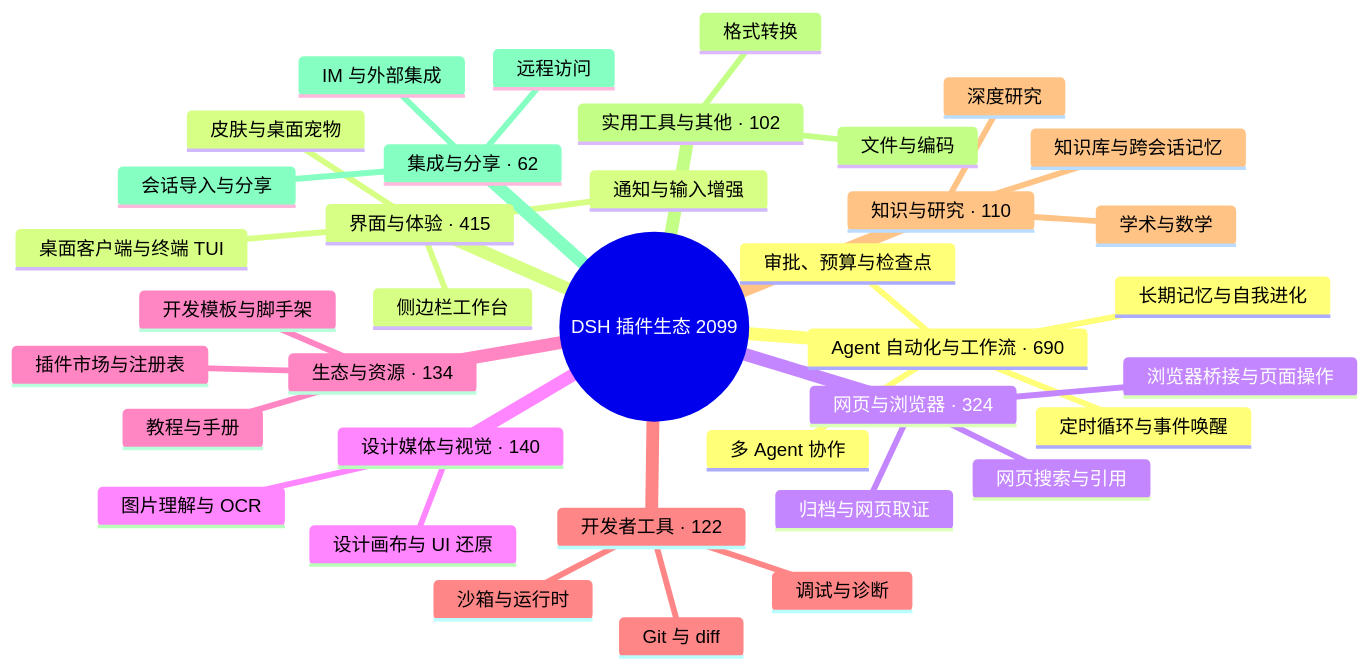
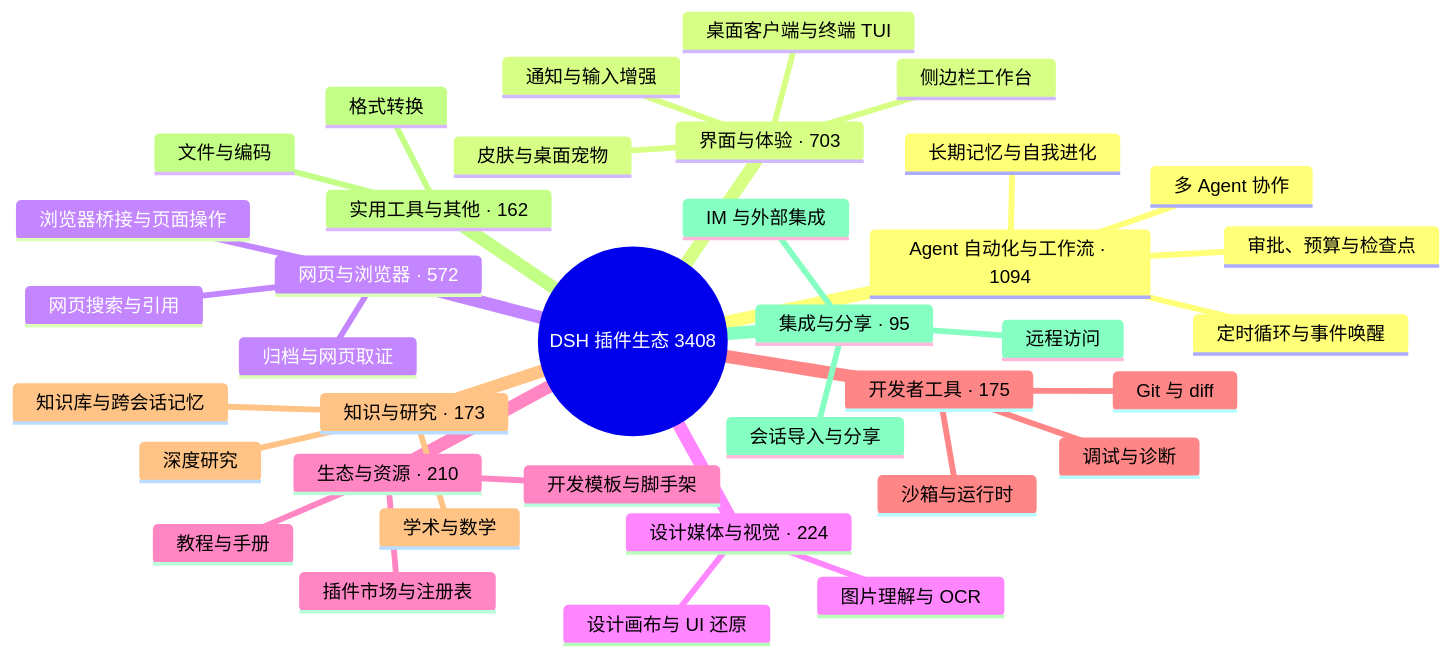
One commit to PGZXB/awesome-dsh-plugin-3 changed the diagram in README.md. Above: the diagram before and after it, drawn with Mermaid. The commit also changed other lines of this file and 7 other files, not shown here.

````diff
--- a/README.md
+++ b/README.md
@@ -32,40 +32,40 @@
 ```mermaid
 mindmap
-  root((DSH 插件生态 2099))
-    Agent 自动化与工作流 · 690
+  root((DSH 插件生态 3408))
+    Agent 自动化与工作流 · 1094
       定时循环与事件唤醒
       多 Agent 协作
       长期记忆与自我进化
       审批、预算与检查点
-    界面与体验 · 415
+    界面与体验 · 703
       桌面客户端与终端 TUI
       侧边栏工作台
       皮肤与桌面宠物
       通知与输入增强
-    网页与浏览器 · 324
+    网页与浏览器 · 572
       浏览器桥接与页面操作
       网页搜索与引用
       归档与网页取证
-    设计媒体与视觉 · 140
+    设计媒体与视觉 · 224
       图片理解与 OCR
       设计画布与 UI 还原
-    生态与资源 · 134
+    生态与资源 · 210
       插件市场与注册表
       开发模板与脚手架
       教程与手册
-    开发者工具 · 122
+    开发者工具 · 175
       Git 与 diff
       沙箱与运行时
       调试与诊断
-    知识与研究 · 110
+    知识与研究 · 173
       知识库与跨会话记忆
       深度研究
       学术与数学
-    实用工具与其他 · 102
+    实用工具与其他 · 162
       文件与编码
       格式转换
-    集成与分享 · 62
+    集成与分享 · 95
       会话导入与分享
       远程访问
       IM 与外部集成
 ```
````
